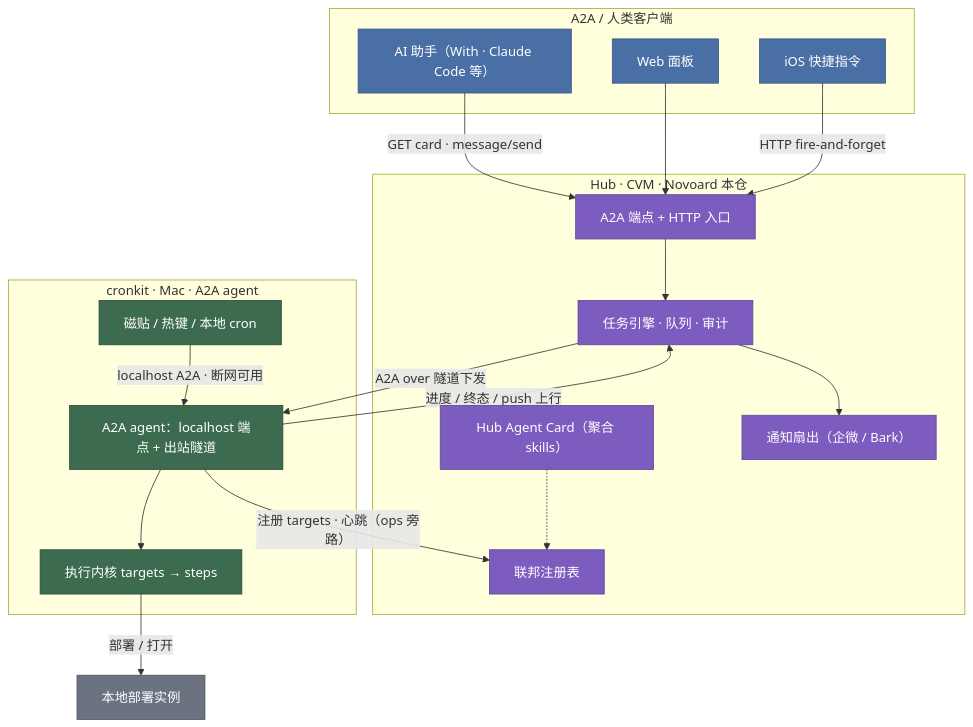
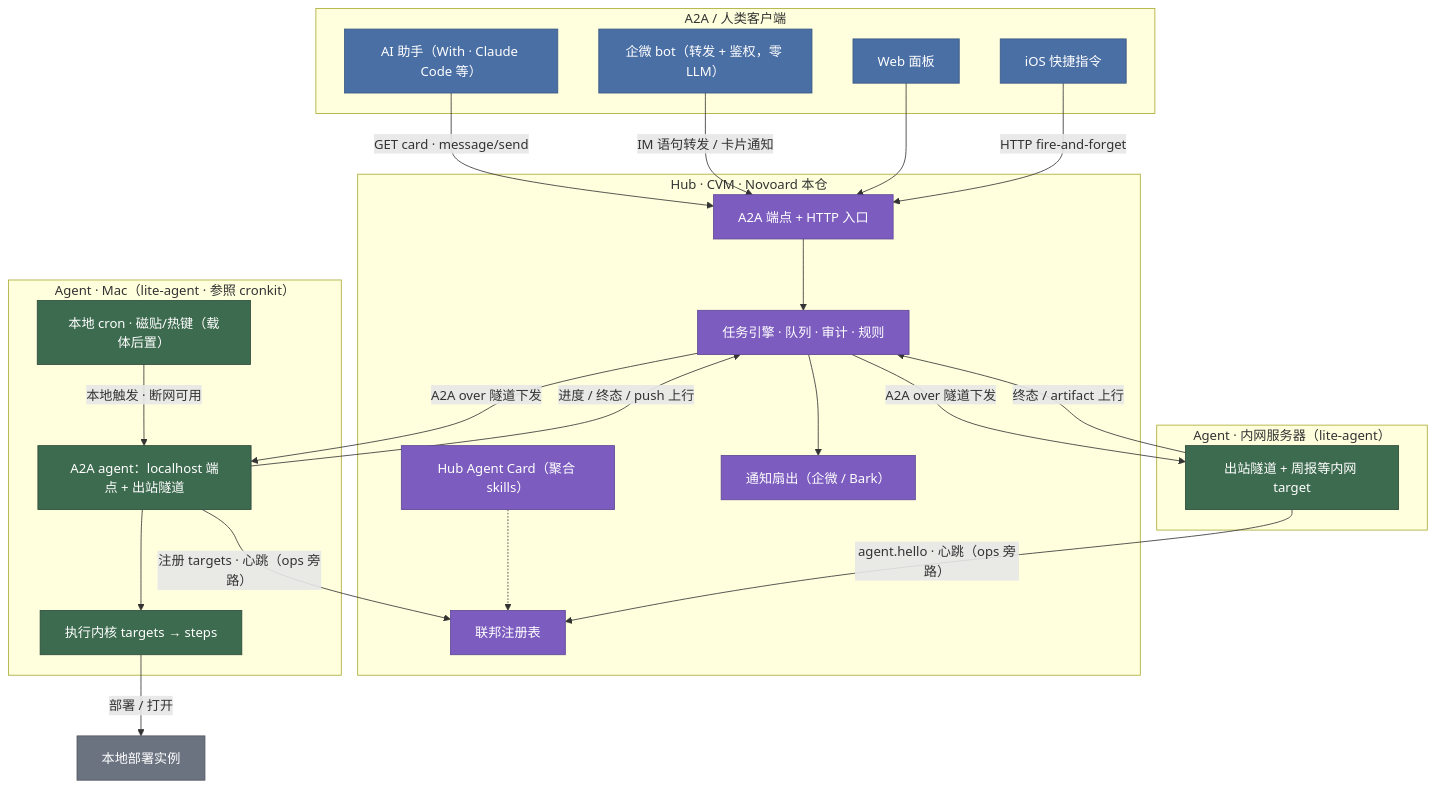
Before and after one commit to shichao402/Novoard: the diagram in docs/architecture/overview.md, drawn with Mermaid. The commit also changed other lines of this file and 846 other files, not shown here.

First line of the commit message:
feat: M1 hub 骨架 + lite-agent + 通知扇出 + 规则引擎（24 项测试全绿）

````diff
--- a/docs/architecture/overview.md
+++ b/docs/architecture/overview.md
@@ -12,48 +12,57 @@
 ```mermaid
 flowchart TB
     classDef a2a fill:#2e8b8b,color:#fff,stroke:#1f6666
     classDef hub fill:#7c5cbf,color:#fff,stroke:#5f4796
     classDef cli fill:#4a6fa5,color:#fff,stroke:#3a5884
     classDef ck fill:#3d6b4f,color:#fff,stroke:#2d4a3a
     classDef gray fill:#6b7280,color:#fff,stroke:#525862
 
     subgraph AIC["A2A / 人类客户端"]
         WITH["AI 助手（With · Claude Code 等）"]
         WEB["Web 面板"]
         IOS["iOS 快捷指令"]
+        BOT["企微 bot（转发 + 鉴权，零 LLM）"]
     end
 
     subgraph HUB["Hub · CVM · Novoard 本仓"]
         CARD["Hub Agent Card（聚合 skills）"]
         EP["A2A 端点 + HTTP 入口"]
         REG["联邦注册表"]
-        TSK["任务引擎 · 队列 · 审计"]
+        TSK["任务引擎 · 队列 · 审计 · 规则"]
         NOTIFY["通知扇出（企微 / Bark）"]
     end
 
-    subgraph MAC["cronkit · Mac · A2A agent"]
+    subgraph MAC["Agent · Mac（lite-agent · 参照 cronkit）"]
         AGENT["A2A agent：localhost 端点 + 出站隧道"]
-        TILE["磁贴 / 热键 / 本地 cron"]
+        TILE["本地 cron · 磁贴/热键（载体后置）"]
         CORE["执行内核 targets → steps"]
+    end
+
+    subgraph INTRA["Agent · 内网服务器（lite-agent）"]
+        IAGENT["出站隧道 + 周报等内网 target"]
     end
 
     APPS["本地部署实例"]
 
     WITH -->|"GET card · message/send"| EP
+    BOT -->|"IM 语句转发 / 卡片通知"| EP
     WEB --> EP
     IOS -->|"HTTP fire-and-forget"| EP
     EP --> TSK
     CARD -.-> REG
     AGENT -->|"注册 targets · 心跳（ops 旁路）"| REG
+    IAGENT -->|"agent.hello · 心跳（ops 旁路）"| REG
     TSK -->|"A2A over 隧道下发"| AGENT
+    TSK -->|"A2A over 隧道下发"| IAGENT
     AGENT -->|"进度 / 终态 / push 上行"| TSK
-    TILE -->|"localhost A2A · 断网可用"| AGENT
+    IAGENT -->|"终态 / artifact 上行"| TSK
+    TILE -->|"本地触发 · 断网可用"| AGENT
     AGENT --> CORE
     CORE -->|"部署 / 打开"| APPS
     TSK --> NOTIFY
 
     class CARD,EP,REG,TSK,NOTIFY hub
-    class WITH,WEB,IOS cli
-    class AGENT,TILE,CORE ck
+    class WITH,WEB,IOS,BOT cli
+    class AGENT,TILE,CORE,IAGENT ck
     class APPS gray
 ```
````
